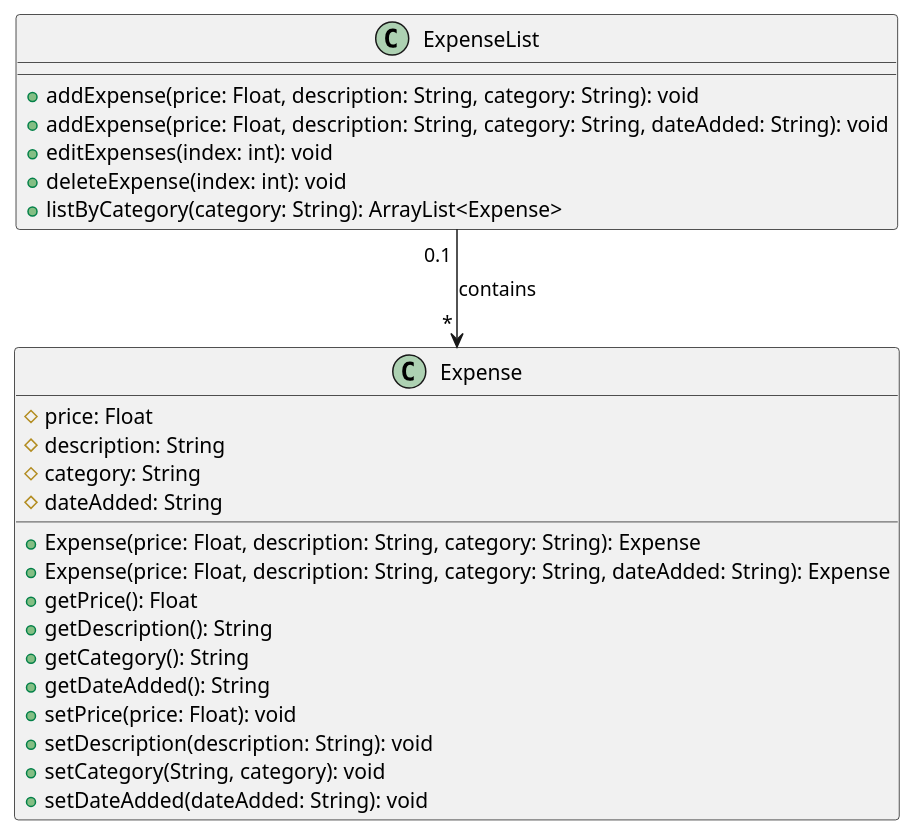
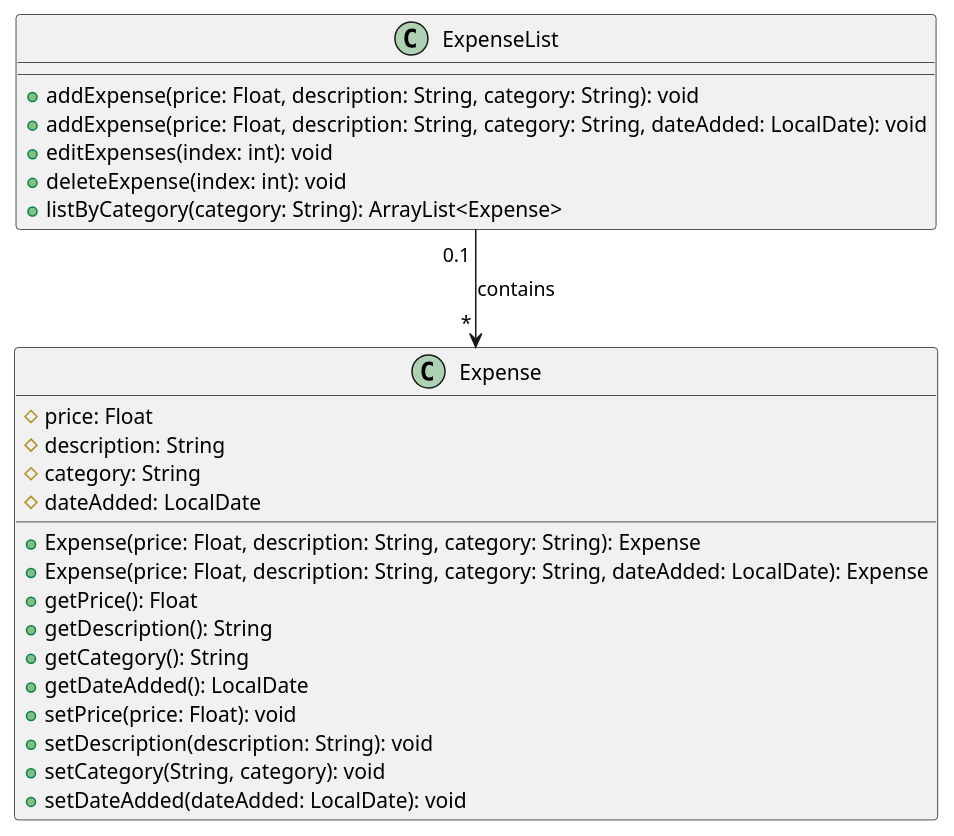
One commit to nus-cs2113-AY2425S1/tp changed the diagram in docs/diagrams/plantuml/ExpenseAndExpenseList.puml. Above: the diagram before and after it, drawn with PlantUML. The commit also changed 1 other file, not shown here.

Commit message:
Update dateAdded from String to LocalDate in DG UML class diagram

```diff
--- a/docs/diagrams/plantuml/ExpenseAndExpenseList.puml
+++ b/docs/diagrams/plantuml/ExpenseAndExpenseList.puml
@@ -1,30 +1,30 @@
 @startuml
 
 class Expense {
     #price: Float
     #description: String
     #category: String
-    #dateAdded: String
+    #dateAdded: LocalDate
     +Expense(price: Float, description: String, category: String): Expense
-    +Expense(price: Float, description: String, category: String, dateAdded: String): Expense
+    +Expense(price: Float, description: String, category: String, dateAdded: LocalDate): Expense
     +getPrice(): Float
     +getDescription(): String
     +getCategory(): String
-    +getDateAdded(): String
+    +getDateAdded(): LocalDate
     +setPrice(price: Float): void
     +setDescription(description: String): void
     +setCategory(String, category): void
-    +setDateAdded(dateAdded: String): void
+    +setDateAdded(dateAdded: LocalDate): void
 }
 
 class ExpenseList {
     +addExpense(price: Float, description: String, category: String): void
-    +addExpense(price: Float, description: String, category: String, dateAdded: String): void
+    +addExpense(price: Float, description: String, category: String, dateAdded: LocalDate): void
     +editExpenses(index: int): void
     +deleteExpense(index: int): void
     +listByCategory(category: String): ArrayList<Expense>
 }
 
 ExpenseList "0.1 " -d-> " * " Expense : contains
 
 @enduml
```
